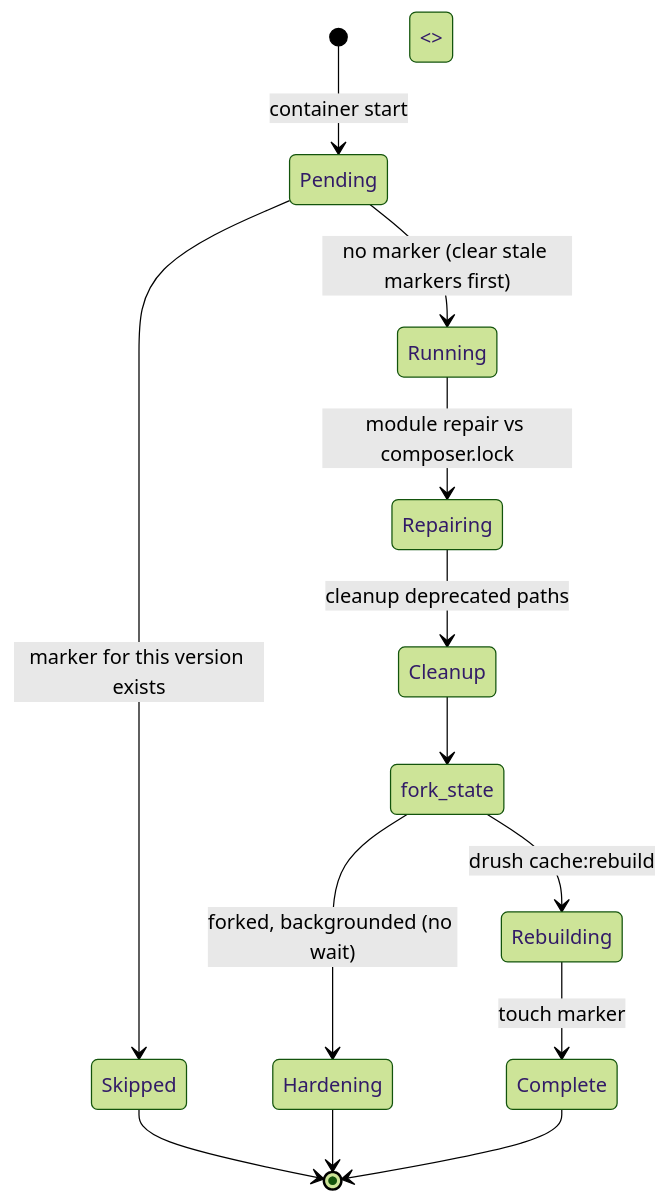
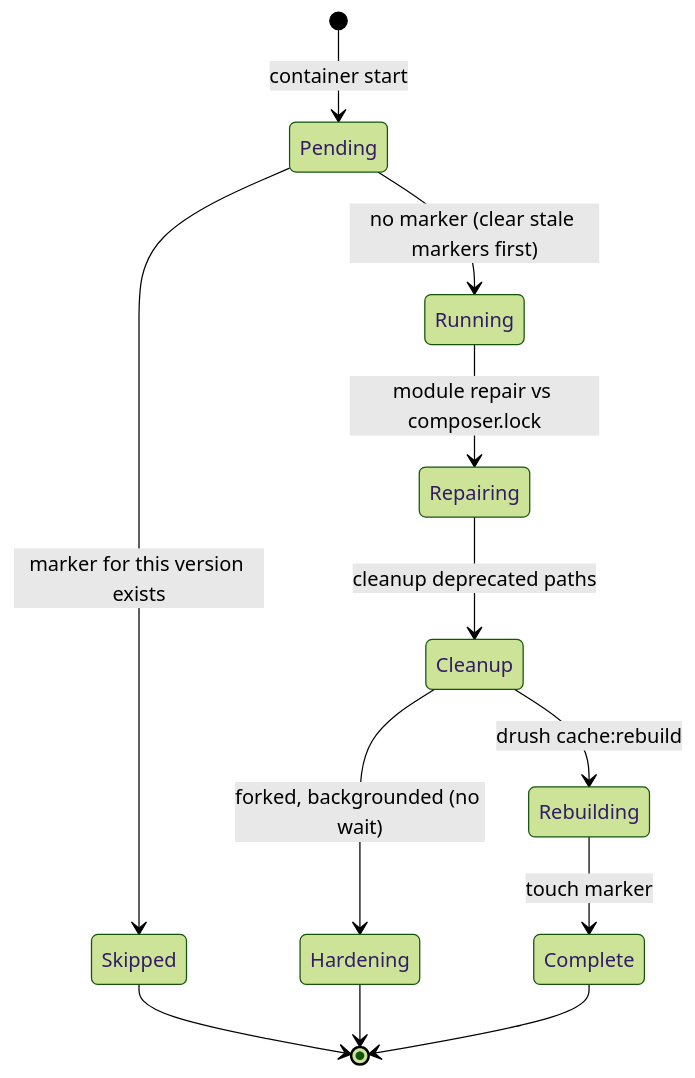
Before and after one commit to scbd/drupal-docker-wrapper: the ninth of 9 diagrams in docs/architectural-plan.md, drawn with Mermaid (forest theme). The commit also changed other lines of this file and 11 other files, not shown here.

````diff
--- a/docs/architectural-plan.md
+++ b/docs/architectural-plan.md
@@ -331,15 +442,14 @@
 ```mermaid
 stateDiagram-v2
   [*] --> Pending: container start
   Pending --> Skipped: marker for this version exists
   Pending --> Running: no marker (clear stale markers first)
   Running --> Repairing: module repair vs composer.lock
   Repairing --> Cleanup: cleanup deprecated paths
-  Cleanup --> fork_state <<fork>>
-  fork_state --> Hardening: forked, backgrounded (no wait)
-  fork_state --> Rebuilding: drush cache:rebuild
+  Cleanup --> Hardening: forked, backgrounded (no wait)
+  Cleanup --> Rebuilding: drush cache:rebuild
   Rebuilding --> Complete: touch marker
   Hardening --> [*]
   Skipped --> [*]
   Complete --> [*]
 ```
````
